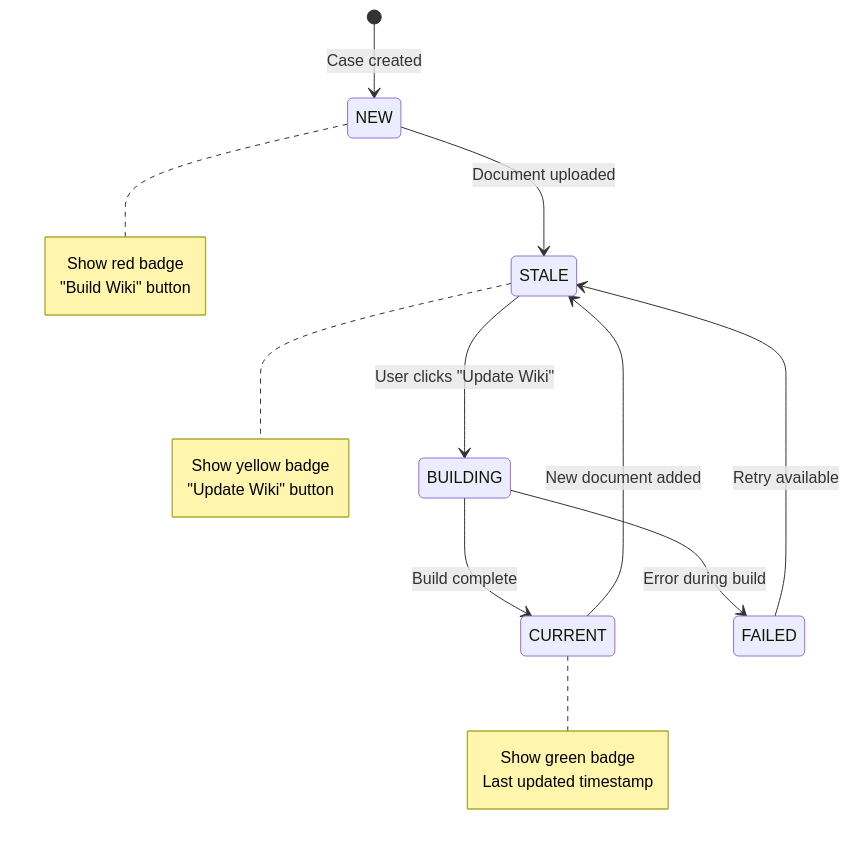
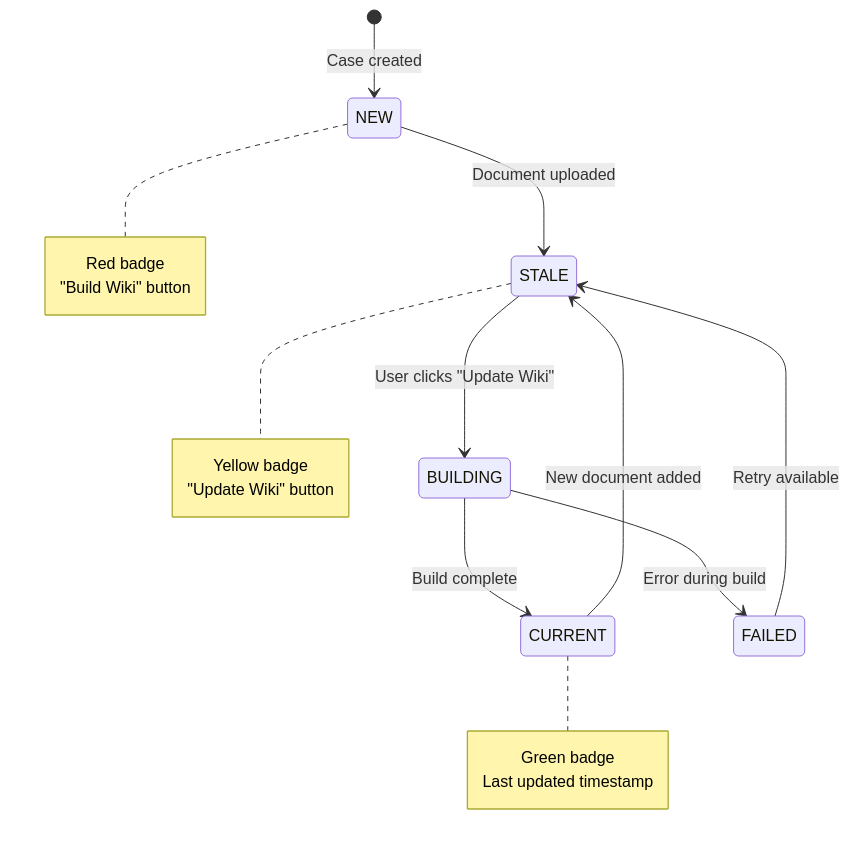
Before and after one commit to anguyenbus/ragflowdemo: diagram 17 of 23 in docs/casewiki-rationale.md, drawn with Mermaid. The commit also changed other lines of this file, not shown here.

````diff
--- a/docs/casewiki-rationale.md
+++ b/docs/casewiki-rationale.md
@@ -450,25 +523,25 @@
 ```mermaid
 stateDiagram-v2
     [*] --> NEW: Case created
     NEW --> STALE: Document uploaded
     STALE --> BUILDING: User clicks "Update Wiki"
     BUILDING --> CURRENT: Build complete
     CURRENT --> STALE: New document added
     BUILDING --> FAILED: Error during build
     FAILED --> STALE: Retry available
 
     note right of NEW
-        Show red badge
+        Red badge
         "Build Wiki" button
     end note
 
     note right of CURRENT
-        Show green badge
+        Green badge
         Last updated timestamp
     end note
 
     note right of STALE
-        Show yellow badge
+        Yellow badge
         "Update Wiki" button
     end note
 ```
````
